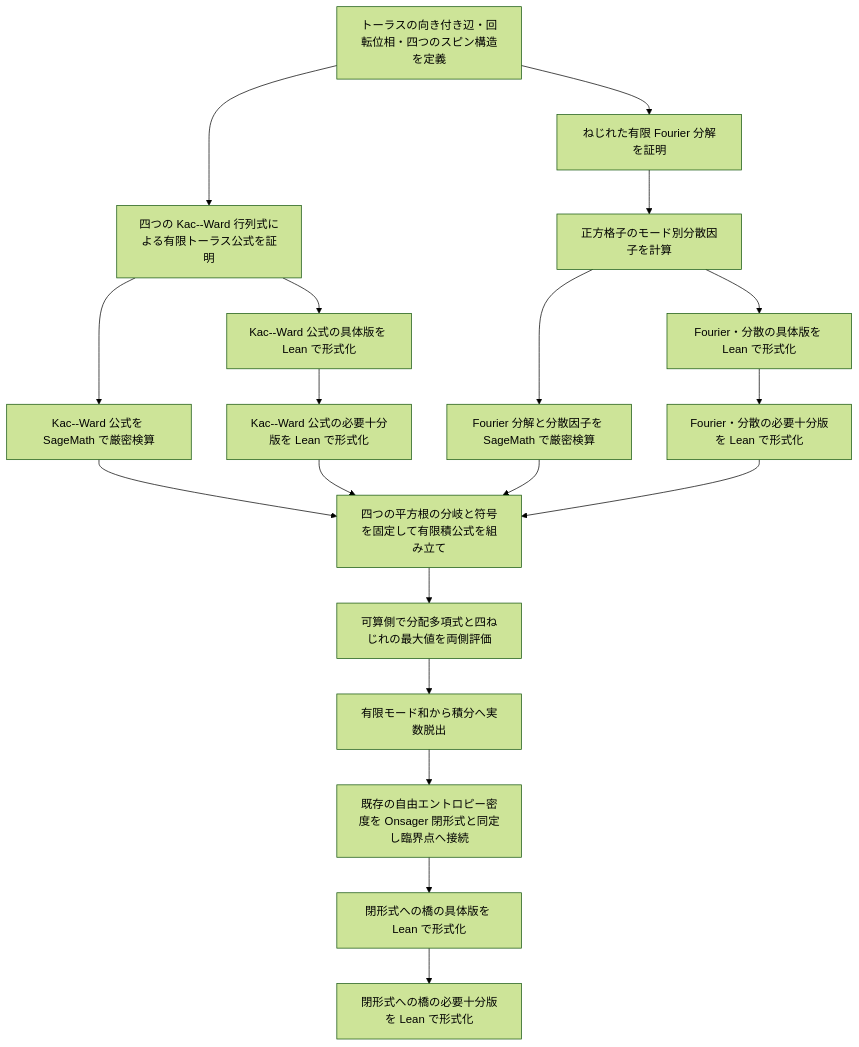
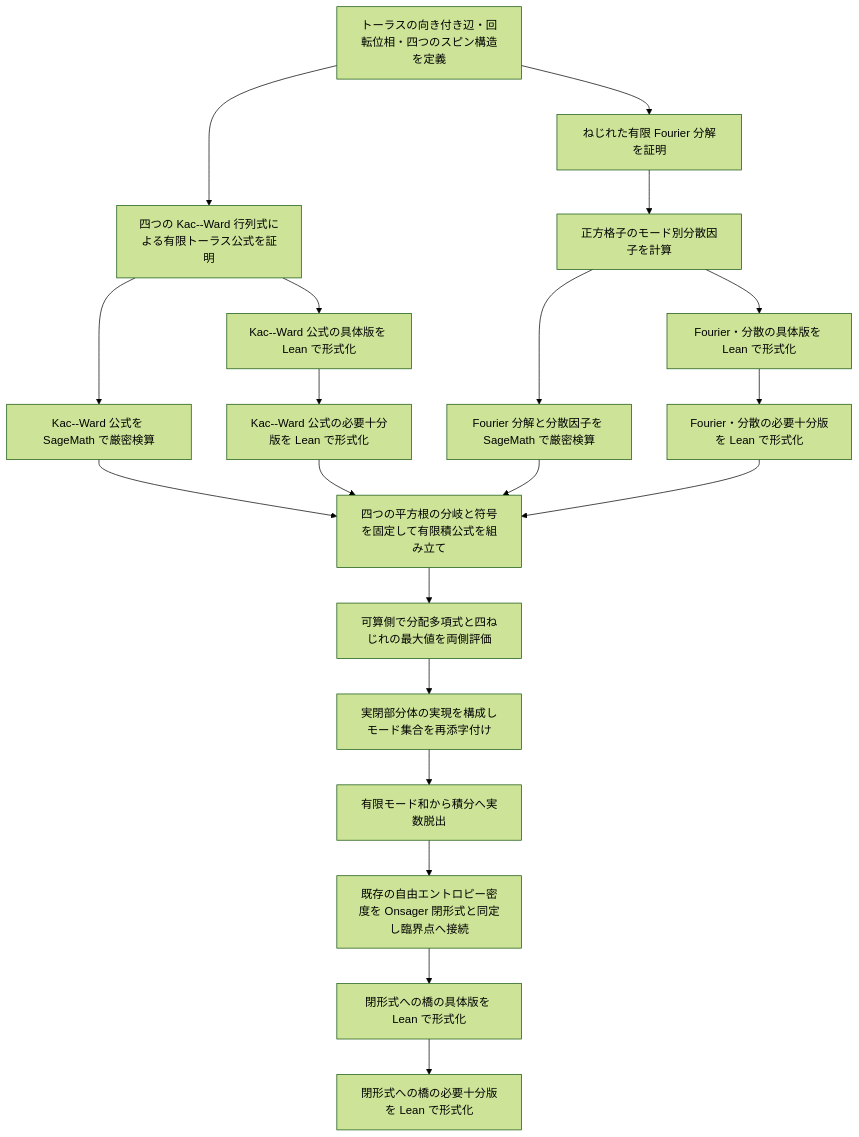
One commit to masaori/math changed the diagram in exact-solution-of-2d-ising-model-lambda/docs/tasks/onsager-closed-form-connection/task-dependency-graph.md. Above: the diagram before and after it, drawn with Mermaid (forest theme). The commit also changed other lines of this file and 8 other files, not shown here.

````diff
--- a/exact-solution-of-2d-ising-model-lambda/docs/tasks/onsager-closed-form-connection/task-dependency-graph.md
+++ b/exact-solution-of-2d-ising-model-lambda/docs/tasks/onsager-closed-form-connection/task-dependency-graph.md
@@ -27,21 +27,22 @@
 ```mermaid
 graph TD
   data[トーラスの向き付き辺・回転位相・四つのスピン構造を定義] --> kw[四つの Kac--Ward 行列式による有限トーラス公式を証明]
   kw --> kwcheck[Kac--Ward 公式を SageMath で厳密検算]
   kw --> kwleanconcrete[Kac--Ward 公式の具体版を Lean で形式化]
   kwleanconcrete --> kwleanessential[Kac--Ward 公式の必要十分版を Lean で形式化]
   data --> fourier[ねじれた有限 Fourier 分解を証明]
   fourier --> dispersion[正方格子のモード別分散因子を計算]
   dispersion --> dispersioncheck[Fourier 分解と分散因子を SageMath で厳密検算]
   dispersion --> dispersionleanconcrete[Fourier・分散の具体版を Lean で形式化]
   dispersionleanconcrete --> dispersionleanessential[Fourier・分散の必要十分版を Lean で形式化]
   kwcheck --> product[四つの平方根の分岐と符号を固定して有限積公式を組み立て]
   dispersioncheck --> product
   kwleanessential --> product
   dispersionleanessential --> product
   product --> twists[可算側で分配多項式と四ねじれの最大値を両側評価]
-  twists --> integral[有限モード和から積分へ実数脱出]
+  twists --> realization[実閉部分体の実現を構成しモード集合を再添字付け]
+  realization --> integral[有限モード和から積分へ実数脱出]
   integral --> onsager[既存の自由エントロピー密度を Onsager 閉形式と同定し臨界点へ接続]
   onsager --> finalleanconcrete[閉形式への橋の具体版を Lean で形式化]
   finalleanconcrete --> finalleanessential[閉形式への橋の必要十分版を Lean で形式化]
 ```
````
